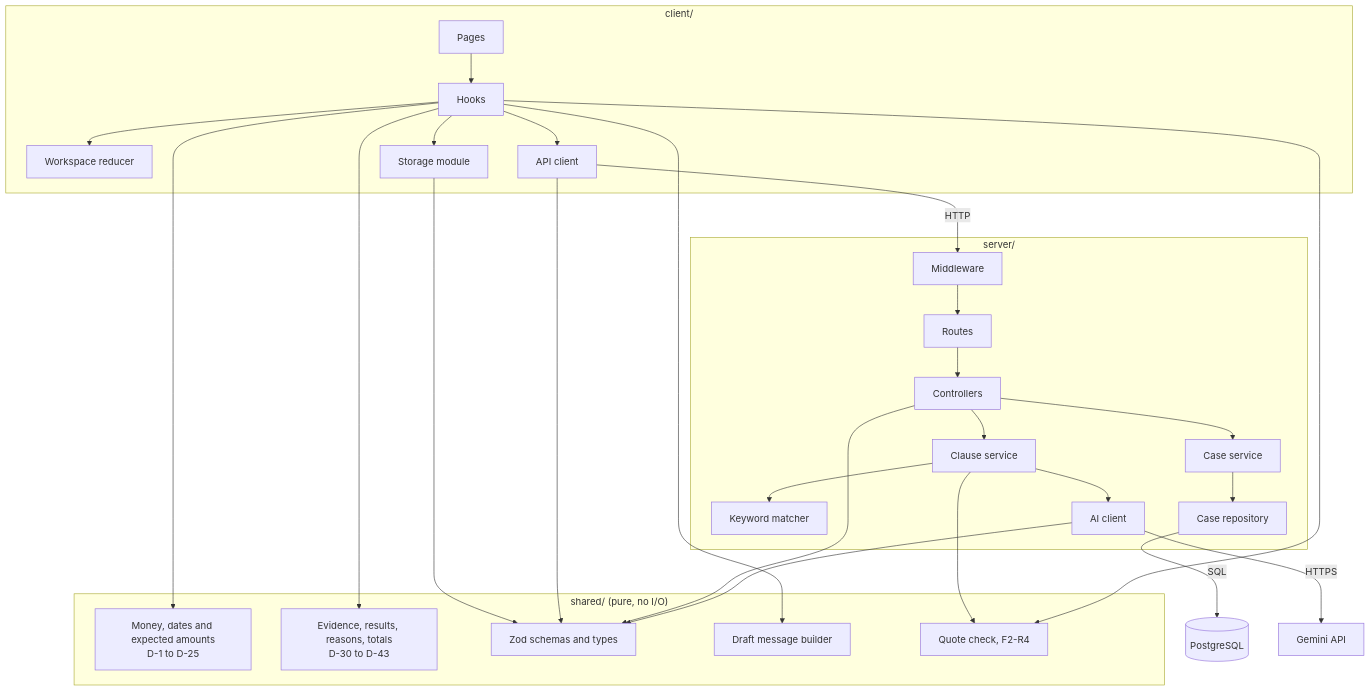
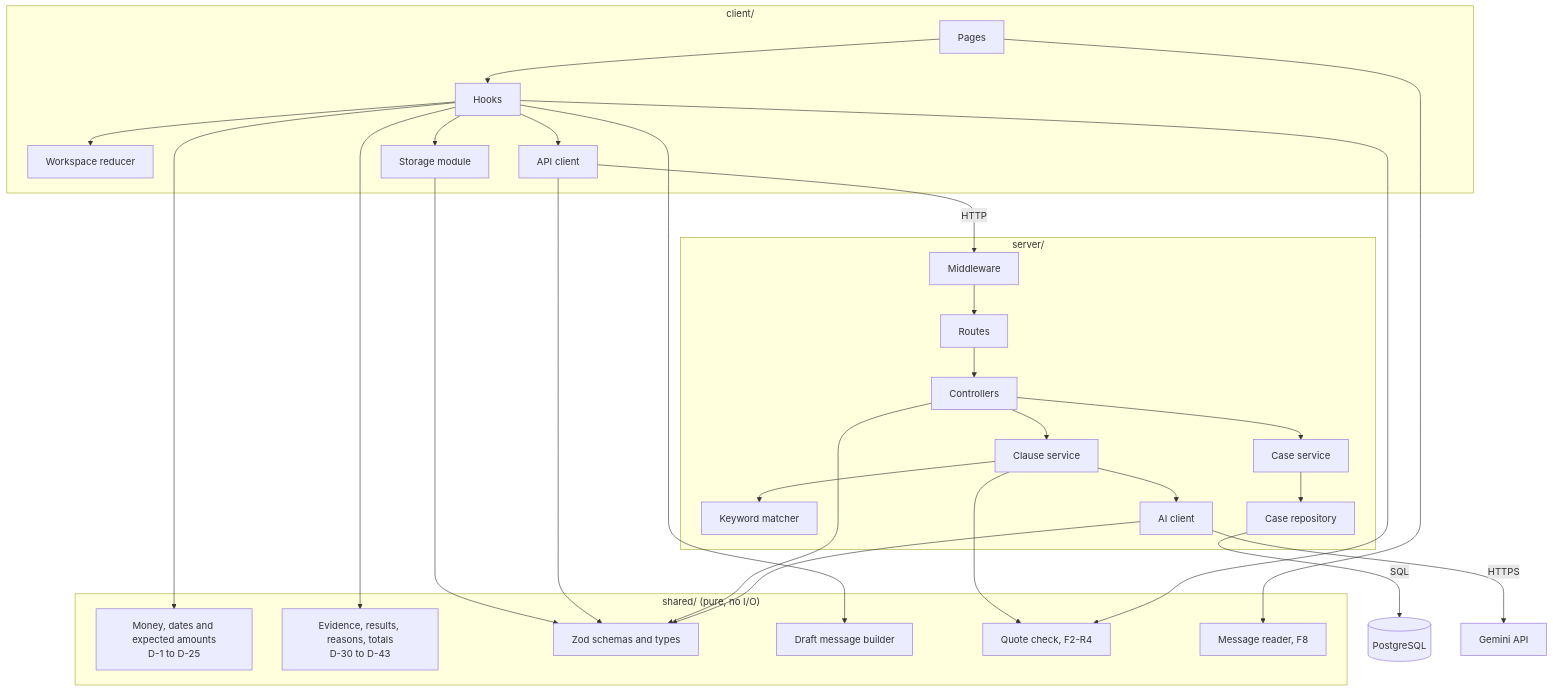
One commit to gloryh241106/RentChecker changed the third of 4 diagrams in docs/design/ARCHITECTURE.md. Above: the diagram before and after it, drawn with Mermaid. The commit also changed other lines of this file and 8 other files, not shown here.

````diff
--- a/docs/design/ARCHITECTURE.md
+++ b/docs/design/ARCHITECTURE.md
@@ -56,52 +56,54 @@
 ```mermaid
 flowchart TB
   subgraph client["client/"]
     pages["Pages"]
     hooks["Hooks"]
     reducer["Workspace reducer"]
     storage["Storage module"]
     apiclient["API client"]
   end
   subgraph shared["shared/ (pure, no I/O)"]
     calc["Money, dates and expected amounts<br/>D-1 to D-25"]
     rules["Evidence, results, reasons, totals<br/>D-30 to D-43"]
     schemas["Zod schemas and types"]
     draft["Draft message builder"]
     quote["Quote check, F2-R4"]
+    charges["Message reader, F8"]
   end
   subgraph server["server/"]
     mw["Middleware"]
     routes["Routes"]
     ctrl["Controllers"]
     svc["Clause service"]
     helpers["Keyword matcher"]
     ai["AI client"]
     cases["Case service"]
     repo["Case repository"]
   end
   db[("PostgreSQL")]
   gem["Gemini API"]
   pages --> hooks
   hooks --> reducer
   hooks --> storage
   hooks --> apiclient
   hooks --> calc
   hooks --> rules
   hooks --> draft
+  pages --> charges
   storage --> schemas
   apiclient --> schemas
   apiclient -->|"HTTP"| mw
   mw --> routes
   routes --> ctrl
   ctrl --> schemas
   ctrl --> svc
   ctrl --> cases
   cases --> repo
   repo -->|"SQL"| db
   svc --> helpers
   svc --> quote
   hooks --> quote
   svc --> ai
   ai --> schemas
   ai -->|"HTTPS"| gem
 ```
````
